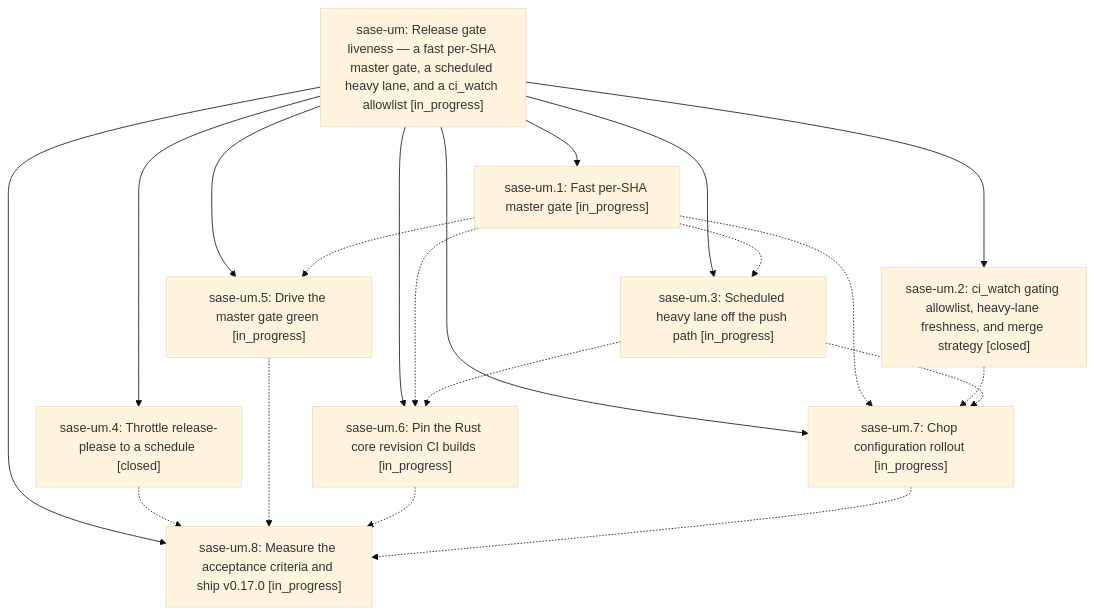
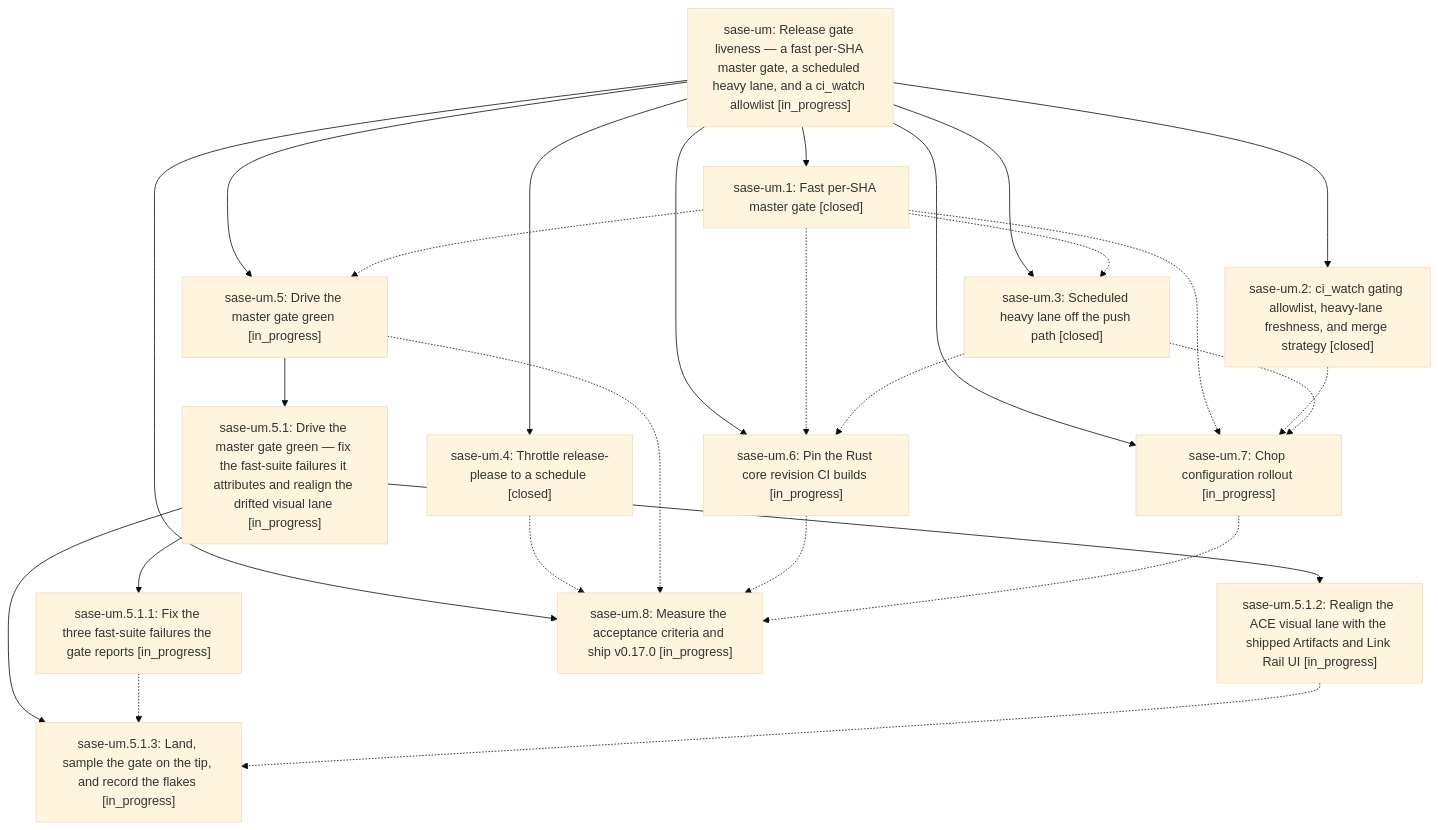
Before and after one commit to sase-org/sase--beads: the diagram in pages/sase-um/README.md, drawn with Mermaid (base theme). The commit also changed other lines of this file and 9 other files, not shown here.

````diff
--- a/pages/sase-um/README.md
+++ b/pages/sase-um/README.md
@@ -41,31 +41,41 @@
 ```mermaid
 flowchart TD
     n0["sase-um: Release gate liveness — a fast per-SHA master gate, a scheduled heavy lane, and a ci_watch allowlist [in_progress]"]
-    n1["sase-um.1: Fast per-SHA master gate [in_progress]"]
+    n1["sase-um.1: Fast per-SHA master gate [closed]"]
     n2["sase-um.2: ci_watch gating allowlist, heavy-lane freshness, and merge strategy [closed]"]
-    n3["sase-um.3: Scheduled heavy lane off the push path [in_progress]"]
+    n3["sase-um.3: Scheduled heavy lane off the push path [closed]"]
     n4["sase-um.4: Throttle release-please to a schedule [closed]"]
     n5["sase-um.5: Drive the master gate green [in_progress]"]
-    n6["sase-um.6: Pin the Rust core revision CI builds [in_progress]"]
-    n7["sase-um.7: Chop configuration rollout [in_progress]"]
-    n8["sase-um.8: Measure the acceptance criteria and ship v0.17.0 [in_progress]"]
+    n6["sase-um.5.1: Drive the master gate green — fix the fast-suite failures it attributes and realign the drifted visual lane [in_progress]"]
+    n7["sase-um.5.1.1: Fix the three fast-suite failures the gate reports [in_progress]"]
+    n8["sase-um.5.1.2: Realign the ACE visual lane with the shipped Artifacts and Link Rail UI [in_progress]"]
+    n9["sase-um.5.1.3: Land, sample the gate on the tip, and record the flakes [in_progress]"]
+    n10["sase-um.6: Pin the Rust core revision CI builds [in_progress]"]
+    n11["sase-um.7: Chop configuration rollout [in_progress]"]
+    n12["sase-um.8: Measure the acceptance criteria and ship v0.17.0 [in_progress]"]
     n0 --> n1
     n0 --> n2
     n0 --> n3
     n0 --> n4
     n0 --> n5
-    n0 --> n6
-    n0 --> n7
-    n0 --> n8
+    n5 --> n6
+    n6 --> n7
+    n6 --> n8
+    n6 --> n9
+    n0 --> n10
+    n0 --> n11
+    n0 --> n12
     n1 -.-> n3
     n1 -.-> n5
-    n1 -.-> n6
-    n1 -.-> n7
-    n2 -.-> n7
-    n3 -.-> n6
-    n3 -.-> n7
-    n4 -.-> n8
-    n5 -.-> n8
-    n6 -.-> n8
-    n7 -.-> n8
+    n1 -.-> n10
+    n1 -.-> n11
+    n2 -.-> n11
+    n3 -.-> n10
+    n3 -.-> n11
+    n4 -.-> n12
+    n5 -.-> n12
+    n7 -.-> n9
+    n8 -.-> n9
+    n10 -.-> n12
+    n11 -.-> n12
 ```
````
